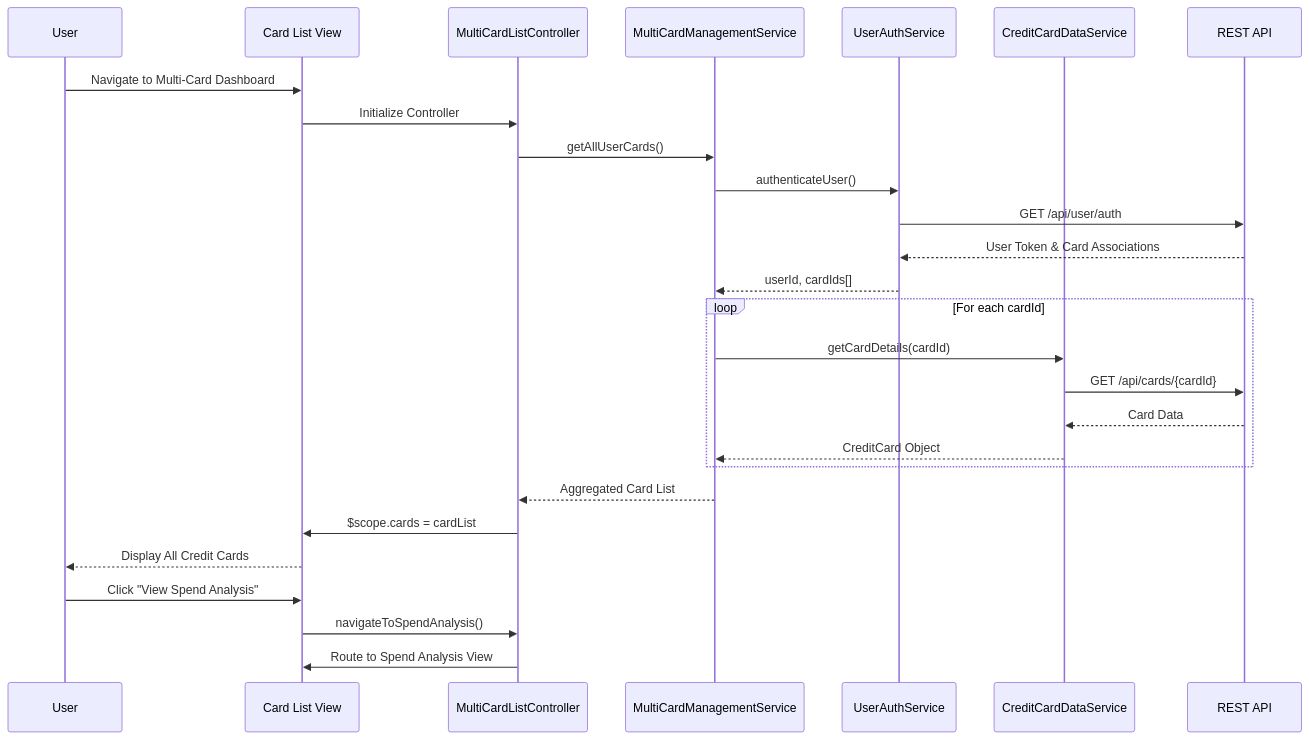
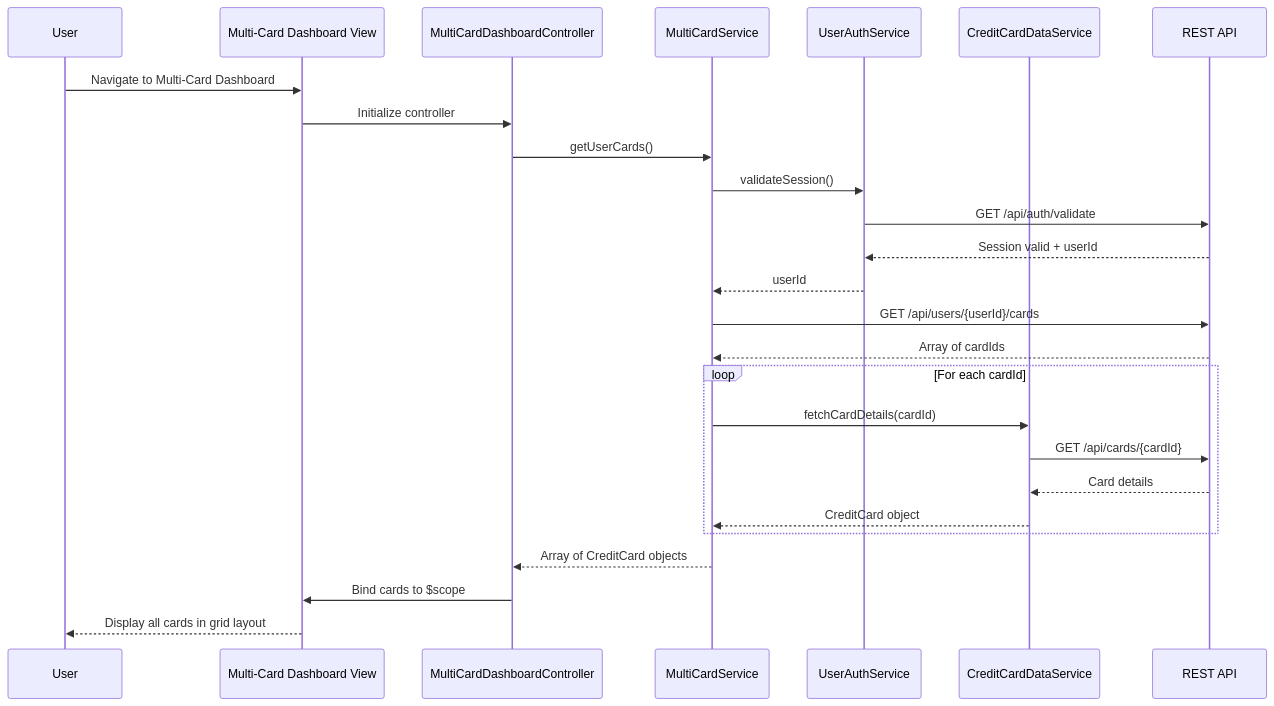
One commit to Davamani-git/APB_Demo changed the diagram in LLD/QE-4620_LLD.md. Above: the diagram before and after it, drawn with Mermaid. The commit also changed other lines of this file, not shown here.

````diff
--- a/LLD/QE-4620_LLD.md
+++ b/LLD/QE-4620_LLD.md
@@ -102,30 +112,29 @@
 ```mermaid
 sequenceDiagram
     participant User
-    participant View as Card List View
-    participant MLC as MultiCardListController
-    participant MCMS as MultiCardManagementService
+    participant UI as Multi-Card Dashboard View
+    participant Controller as MultiCardDashboardController
+    participant MCS as MultiCardService
     participant UAS as UserAuthService
     participant CCDS as CreditCardDataService
     participant API as REST API
 
-    User->>View: Navigate to Multi-Card Dashboard
-    View->>MLC: Initialize Controller
-    MLC->>MCMS: getAllUserCards()
-    MCMS->>UAS: authenticateUser()
-    UAS->>API: GET /api/user/auth
-    API-->>UAS: User Token & Card Associations
-    UAS-->>MCMS: userId, cardIds[]
+    User->>UI: Navigate to Multi-Card Dashboard
+    UI->>Controller: Initialize controller
+    Controller->>MCS: getUserCards()
+    MCS->>UAS: validateSession()
+    UAS->>API: GET /api/auth/validate
+    API-->>UAS: Session valid + userId
+    UAS-->>MCS: userId
+    MCS->>API: GET /api/users/{userId}/cards
+    API-->>MCS: Array of cardIds
     loop For each cardId
-        MCMS->>CCDS: getCardDetails(cardId)
+        MCS->>CCDS: fetchCardDetails(cardId)
         CCDS->>API: GET /api/cards/{cardId}
-        API-->>CCDS: Card Data
-        CCDS-->>MCMS: CreditCard Object
+        API-->>CCDS: Card details
+        CCDS-->>MCS: CreditCard object
     end
-    MCMS-->>MLC: Aggregated Card List
-    MLC->>View: $scope.cards = cardList
-    View-->>User: Display All Credit Cards
-    User->>View: Click "View Spend Analysis"
-    View->>MLC: navigateToSpendAnalysis()
-    MLC->>View: Route to Spend Analysis View
+    MCS-->>Controller: Array of CreditCard objects
+    Controller->>UI: Bind cards to $scope
+    UI-->>User: Display all cards in grid layout
 ```
````
